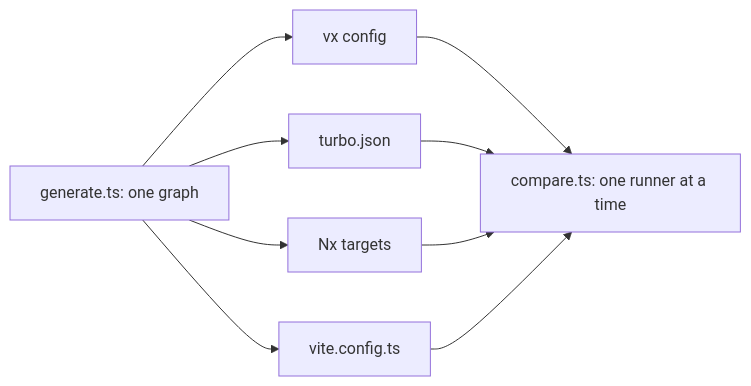
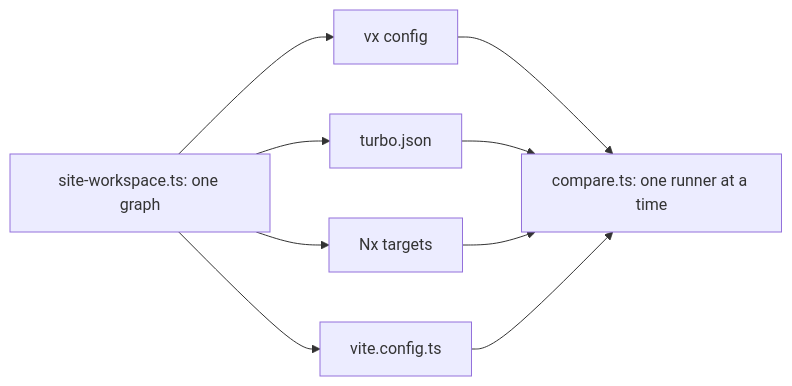
The diagram in private/vx-docs/src/content/docs/blog/honest-benchmarks.md (vznjs/vx), drawn with Mermaid before and after one commit. The commit also changed other lines of this file and 4 other files, not shown here.

````diff
--- a/private/vx-docs/src/content/docs/blog/honest-benchmarks.md
+++ b/private/vx-docs/src/content/docs/blog/honest-benchmarks.md
@@ -47,8 +47,8 @@
 ```mermaid
 flowchart LR
-  G[generate.ts: one graph] --> V[vx config]
+  G[site-workspace.ts: one graph] --> V[vx config]
   G --> T[turbo.json]
   G --> N[Nx targets]
   G --> VT[vite.config.ts]
   V & T & N & VT --> C[compare.ts: one runner at a time]
 ```
````
